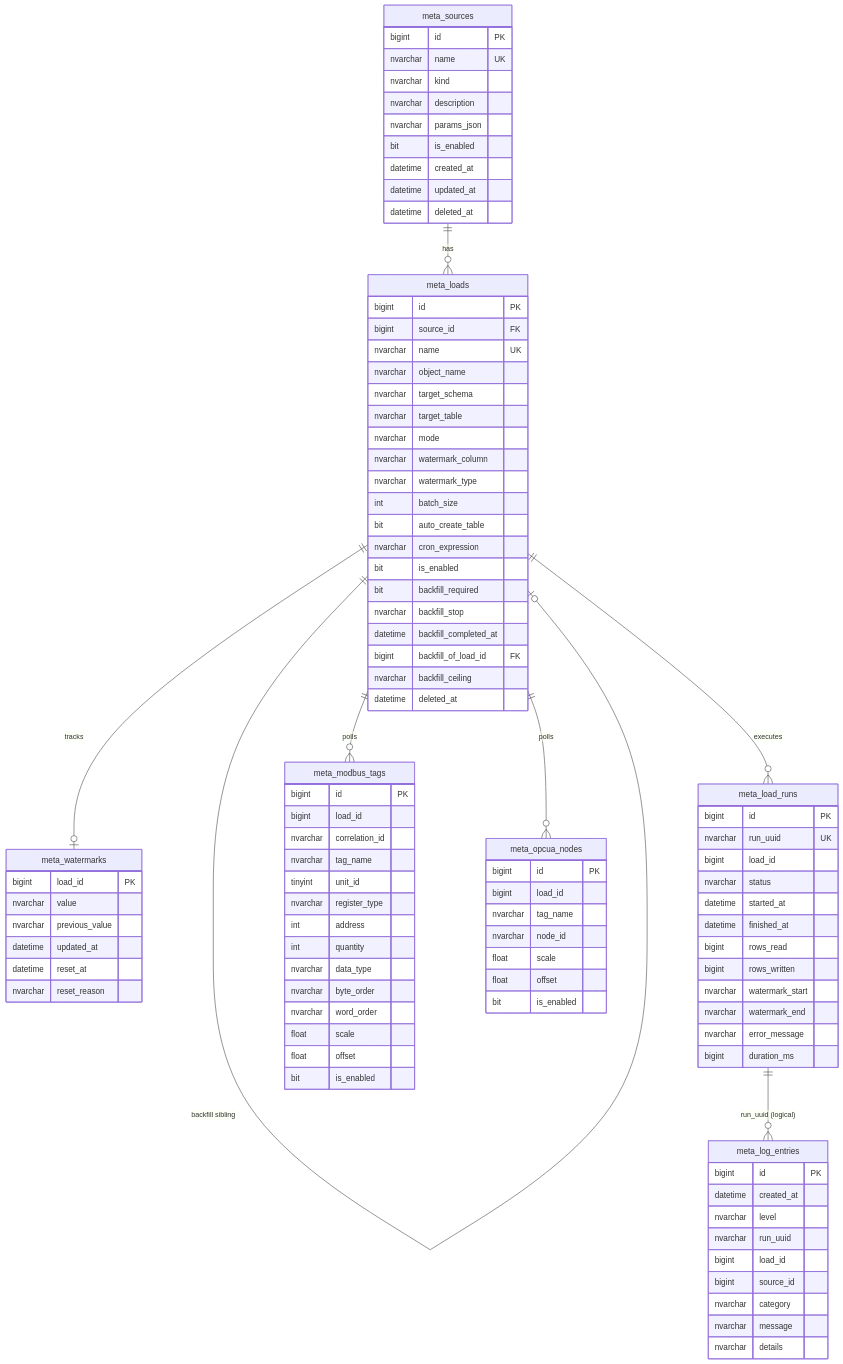
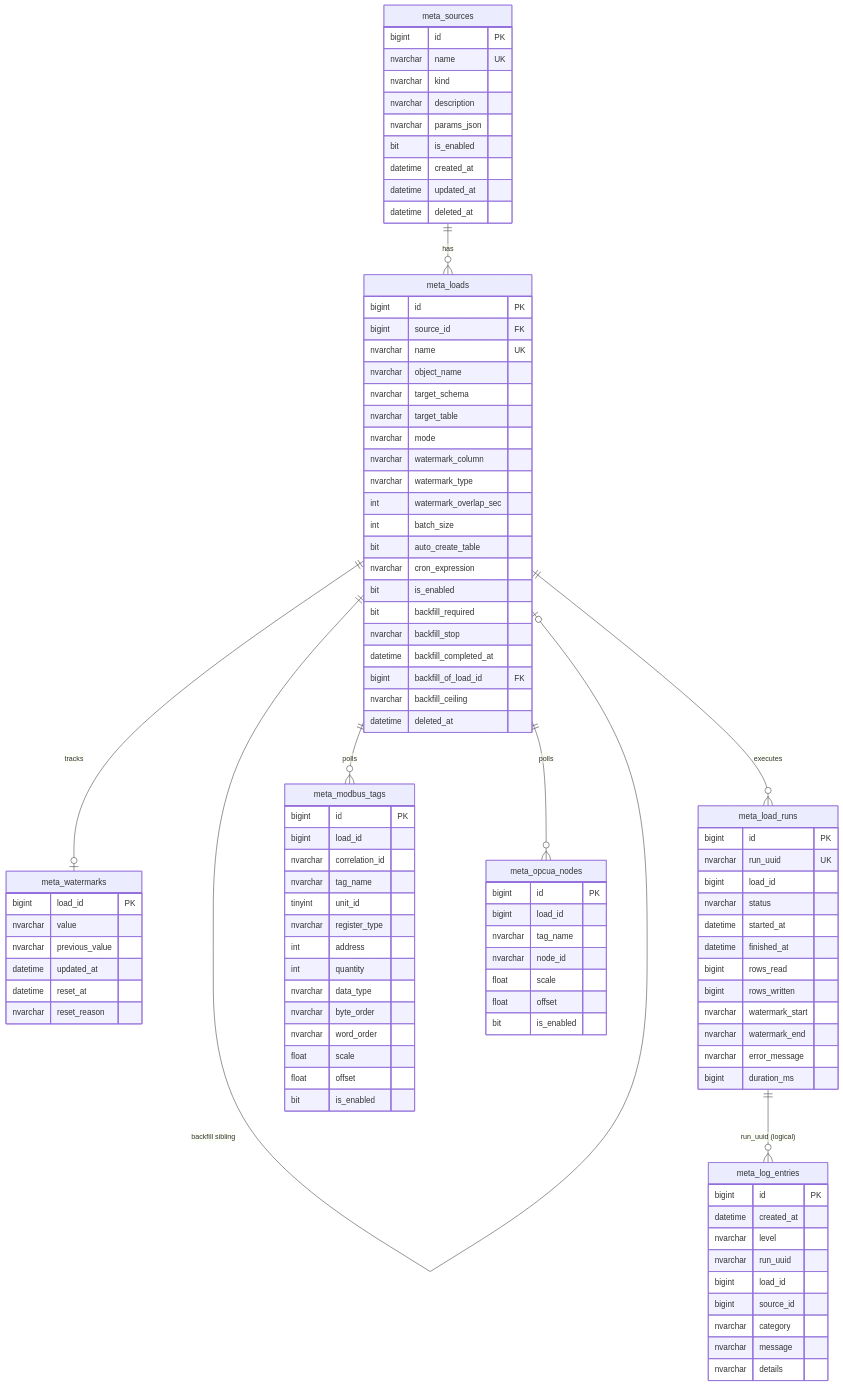
The seventh of 8 diagrams in docs/02-architecture.md (slaghuis/data-loader), drawn with Mermaid before and after one commit. The commit also changed other lines of this file and 20 other files, not shown here.

First line of the commit message:
feat: accept ADR-023 datetime watermark overlap window

```diff
--- a/docs/02-architecture.md
+++ b/docs/02-architecture.md
@@ -364,6 +364,7 @@
         nvarchar mode
         nvarchar watermark_column
         nvarchar watermark_type
+        int watermark_overlap_sec
         int batch_size
         bit auto_create_table
         nvarchar cron_expression
```
